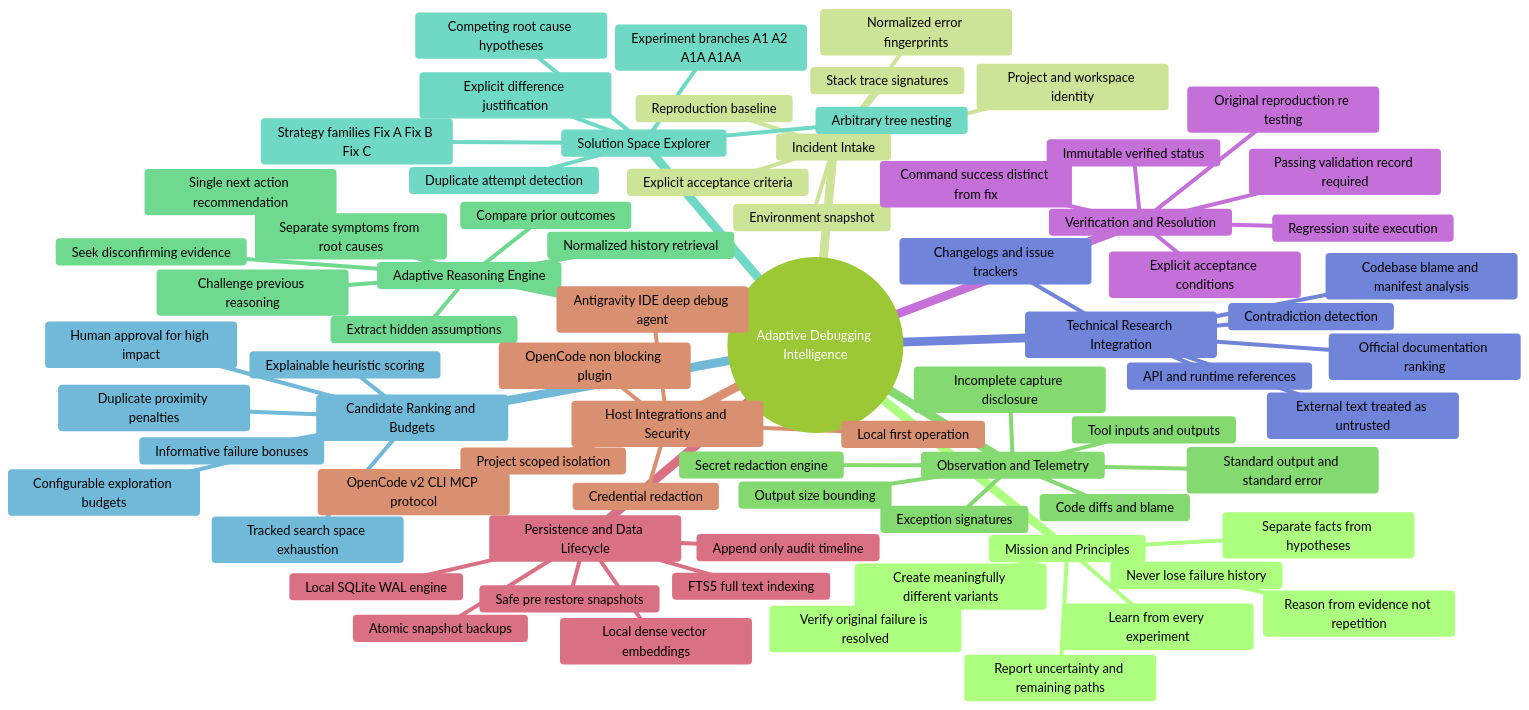
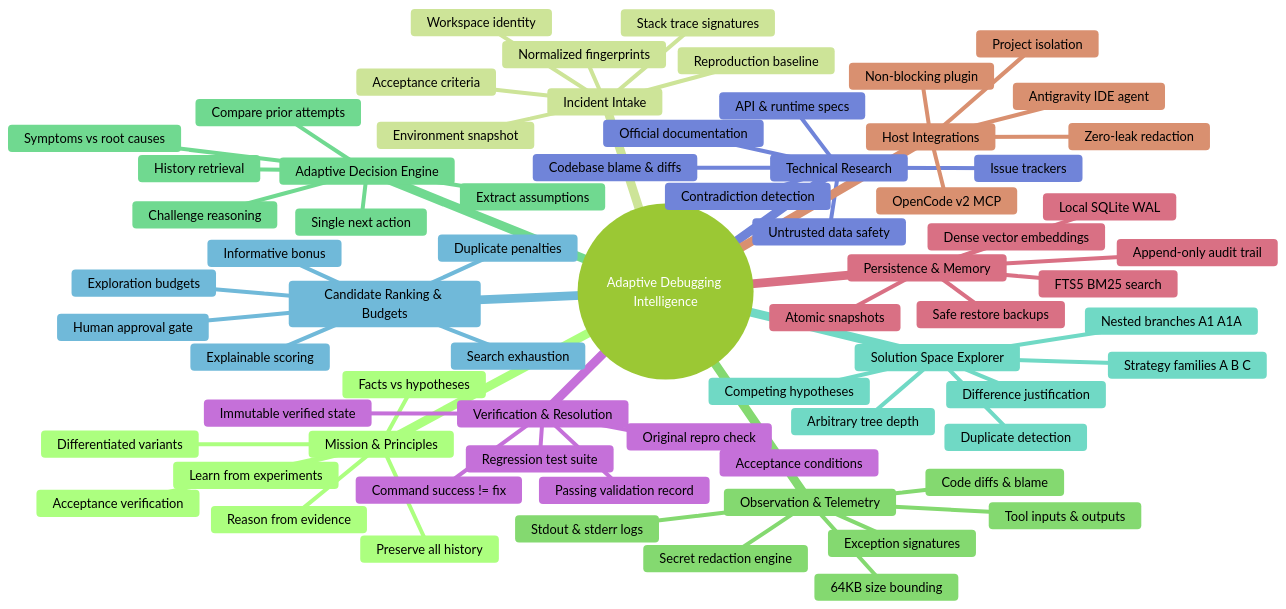
One commit to Akash-billawa/adaptive-debugging-mcp changed the first of 2 diagrams in README.md. Above: the diagram before and after it, drawn with Mermaid (forest theme). The commit also changed other lines of this file, not shown here.

Commit message:
fix(docs): resolve Mermaid text truncation with explicit line breaks and compact mindmap nodes

````diff
--- a/README.md
+++ b/README.md
@@ -106,77 +106,73 @@
 ```mermaid
 mindmap
   root((Adaptive Debugging Intelligence))
-    Mission and Principles
-      Learn from every experiment
-      Create meaningfully different variants
-      Never lose failure history
-      Reason from evidence not repetition
-      Separate facts from hypotheses
-      Verify original failure is resolved
-      Report uncertainty and remaining paths
+    Mission & Principles
+      Learn from experiments
+      Differentiated variants
+      Preserve all history
+      Reason from evidence
+      Facts vs hypotheses
+      Acceptance verification
     Incident Intake
-      Normalized error fingerprints
+      Normalized fingerprints
       Stack trace signatures
       Reproduction baseline
-      Project and workspace identity
+      Workspace identity
       Environment snapshot
-      Explicit acceptance criteria
-    Observation and Telemetry
-      Tool inputs and outputs
-      Standard output and standard error
+      Acceptance criteria
+    Observation & Telemetry
+      Tool inputs & outputs
+      Stdout & stderr logs
       Exception signatures
-      Code diffs and blame
+      Code diffs & blame
       Secret redaction engine
-      Output size bounding
-      Incomplete capture disclosure
-    Adaptive Reasoning Engine
-      Normalized history retrieval
-      Separate symptoms from root causes
-      Extract hidden assumptions
-      Compare prior outcomes
-      Challenge previous reasoning
-      Seek disconfirming evidence
-      Single next action recommendation
+      64KB size bounding
+    Adaptive Decision Engine
+      History retrieval
+      Symptoms vs root causes
+      Extract assumptions
+      Compare prior attempts
+      Challenge reasoning
+      Single next action
     Solution Space Explorer
-      Competing root cause hypotheses
-      Strategy families Fix A Fix B Fix C
-      Experiment branches A1 A2 A1A A1AA
-      Arbitrary tree nesting
-      Explicit difference justification
-      Duplicate attempt detection
-    Candidate Ranking and Budgets
-      Explainable heuristic scoring
-      Informative failure bonuses
-      Duplicate proximity penalties
-      Configurable exploration budgets
-      Tracked search space exhaustion
-      Human approval for high impact
-    Technical Research Integration
-      Official documentation ranking
-      API and runtime references
-      Codebase blame and manifest analysis
-      Changelogs and issue trackers
+      Competing hypotheses
+      Strategy families A B C
+      Nested branches A1 A1A
+      Arbitrary tree depth
+      Difference justification
+      Duplicate detection
+    Candidate Ranking & Budgets
+      Explainable scoring
+      Informative bonus
+      Duplicate penalties
+      Exploration budgets
+      Search exhaustion
+      Human approval gate
+    Technical Research
+      Official documentation
+      API & runtime specs
+      Codebase blame & diffs
+      Issue trackers
       Contradiction detection
-      External text treated as untrusted
-    Verification and Resolution
-      Explicit acceptance conditions
-      Original reproduction re testing
-      Regression suite execution
-      Passing validation record required
-      Command success distinct from fix
-      Immutable verified status
-    Persistence and Data Lifecycle
-      Local SQLite WAL engine
-      FTS5 full text indexing
-      Local dense vector embeddings
-      Append only audit timeline
-      Atomic snapshot backups
-      Safe pre restore snapshots
-    Host Integrations and Security
-      OpenCode v2 CLI MCP protocol
-      OpenCode non blocking plugin
-      Antigravity IDE deep debug agent
-      Local first operation
-      Project scoped isolation
-      Credential redaction
+      Untrusted data safety
+    Verification & Resolution
+      Acceptance conditions
+      Original repro check
+      Regression test suite
+      Passing validation record
+      Command success != fix
+      Immutable verified state
+    Persistence & Memory
+      Local SQLite WAL
+      FTS5 BM25 search
+      Dense vector embeddings
+      Append-only audit trail
+      Atomic snapshots
+      Safe restore backups
+    Host Integrations
+      OpenCode v2 MCP
+      Non-blocking plugin
+      Antigravity IDE agent
+      Project isolation
+      Zero-leak redaction
 ```
````
